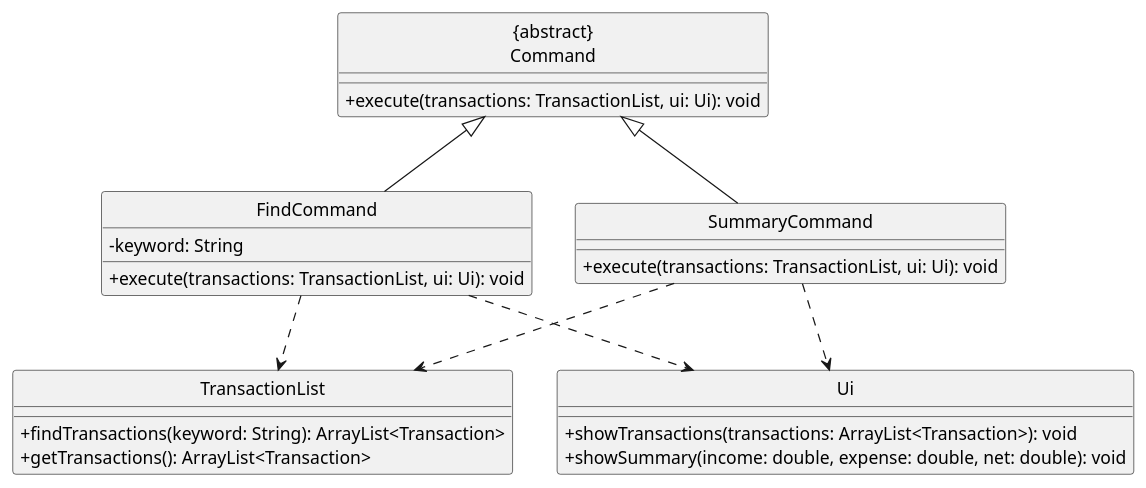
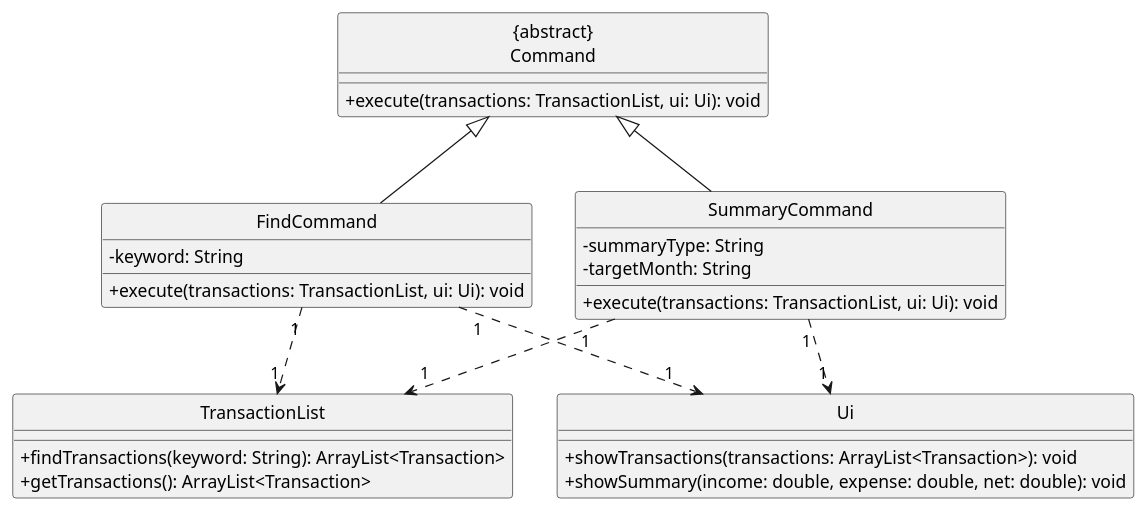
Before and after one commit to benthejarofmint/tp: the diagram in docs/diagrams/FindSummaryClassDiagram.puml, drawn with PlantUML. The commit also changed 1 other file, not shown here.

Commit message:
Update Find Summary Class Diagram and it's PNG

```diff
--- a/docs/diagrams/FindSummaryClassDiagram.puml
+++ b/docs/diagrams/FindSummaryClassDiagram.puml
@@ -1,35 +1,37 @@
 @startuml
 hide circle
 skinparam classAttributeIconSize 0
 
 class "{abstract}\nCommand" as Command {
   +execute(transactions: TransactionList, ui: Ui): void
 }
 
 class FindCommand {
   -keyword: String
   +execute(transactions: TransactionList, ui: Ui): void
 }
 
 class SummaryCommand {
+  -summaryType: String
+  -targetMonth: String
   +execute(transactions: TransactionList, ui: Ui): void
 }
 
 class TransactionList {
   +findTransactions(keyword: String): ArrayList<Transaction>
   +getTransactions(): ArrayList<Transaction>
 }
 
 class Ui {
   +showTransactions(transactions: ArrayList<Transaction>): void
   +showSummary(income: double, expense: double, net: double): void
 }
 
 Command <|-- FindCommand
 Command <|-- SummaryCommand
-FindCommand ..> TransactionList
-FindCommand ..> Ui
-SummaryCommand ..> TransactionList
-SummaryCommand ..> Ui
+FindCommand "1" ..> "1" TransactionList
+FindCommand "1" ..> "1 "Ui
+SummaryCommand "1" ..> "1" TransactionList
+SummaryCommand "1" ..> "1" Ui
 
 @enduml
```
